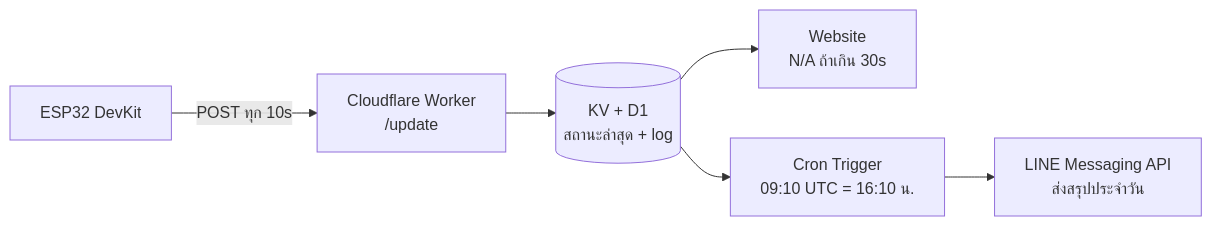
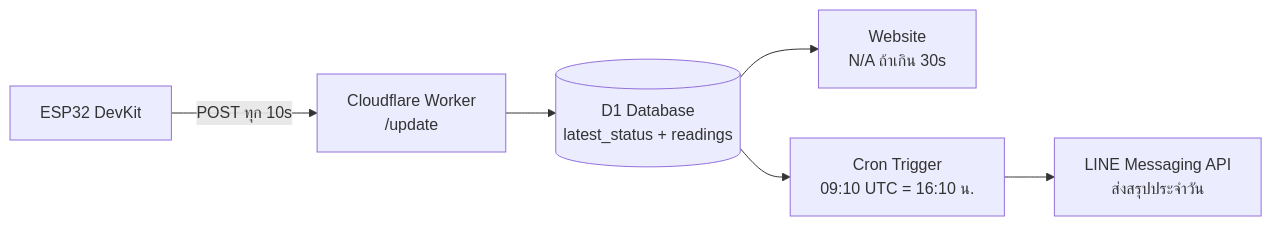
Before and after one commit to dentenplay5555/Electrical-Status-Notification-System: the diagram in README.md, drawn with Mermaid. The commit also changed other lines of this file and 12 other files, not shown here.

````diff
--- a/README.md
+++ b/README.md
@@ -38,8 +38,8 @@
 ```mermaid
 flowchart LR
     A[ESP32 DevKit] -->|POST ทุก 10s| B[Cloudflare Worker<br/>/update]
-    B --> C[(KV + D1<br/>สถานะล่าสุด + log)]
+    B --> C[(D1 Database<br/>latest_status + readings)]
     C --> D[Website<br/>N/A ถ้าเกิน 30s]
     C --> E[Cron Trigger<br/>09:10 UTC = 16:10 น.]
     E --> F[LINE Messaging API<br/>ส่งสรุปประจำวัน]
 ```
````
